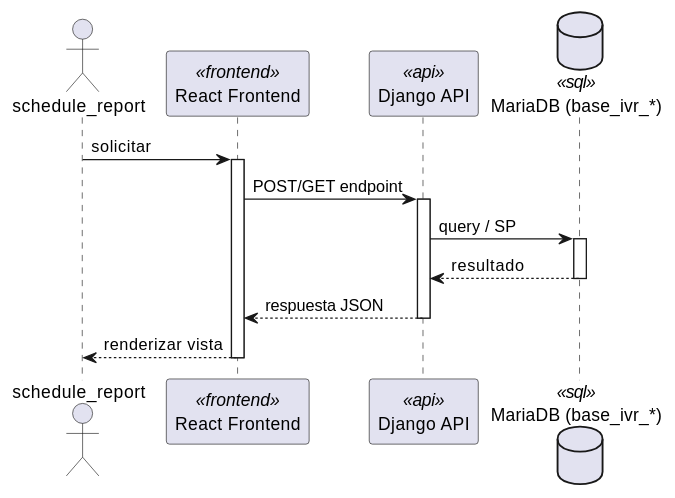
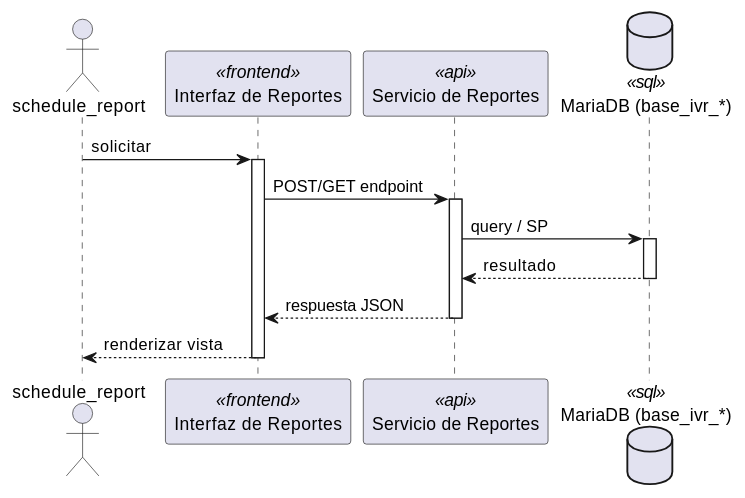
One commit to jcg-admin/IACT-docs changed the first of 2 diagrams in source/arquitectura-tecnica/DesignView/rpt-07.rst. Above: the diagram before and after it, drawn with PlantUML. The commit also changed other lines of this file and 243 other files, not shown here.

First line of the commit message:
Add missing diagrams and fix participant names across Kruchten views

```diff
--- a/source/arquitectura-tecnica/DesignView/rpt-07.rst
+++ b/source/arquitectura-tecnica/DesignView/rpt-07.rst
@@ -22,28 +22,28 @@
 .. uml::
  :caption: UC_RPT_07 — Design View (secuencia)
 
  @startuml
 
  actor "schedule_report" as schedule_report
- participant "React Frontend" as Frontend <<frontend>>
- participant "Django API" as APIServer <<api>>
- database "MariaDB (base_ivr_*)" as BaseDatos <<sql>>
+ participant "Interfaz de Reportes" as Iface <<frontend>>
+ participant "Servicio de Reportes" as SvcNode <<api>>
+ database "MariaDB (base_ivr_*)" as Store <<sql>>
 
- schedule_report -> Frontend : solicitar
- activate Frontend
+ schedule_report -> Iface : solicitar
+ activate Iface
 
- Frontend -> APIServer : POST/GET endpoint
- activate APIServer
+ Iface -> SvcNode : POST/GET endpoint
+ activate SvcNode
 
- APIServer -> BaseDatos : query / SP
- activate BaseDatos
- BaseDatos --> APIServer : resultado
- deactivate BaseDatos
+ SvcNode -> Store : query / SP
+ activate Store
+ Store --> SvcNode : resultado
+ deactivate Store
 
- APIServer --> Frontend : respuesta JSON
- deactivate APIServer
+ SvcNode --> Iface : respuesta JSON
+ deactivate SvcNode
 
- Frontend --> schedule_report : renderizar vista
- deactivate Frontend
+ Iface --> schedule_report : renderizar vista
+ deactivate Iface
 
  @enduml
```
